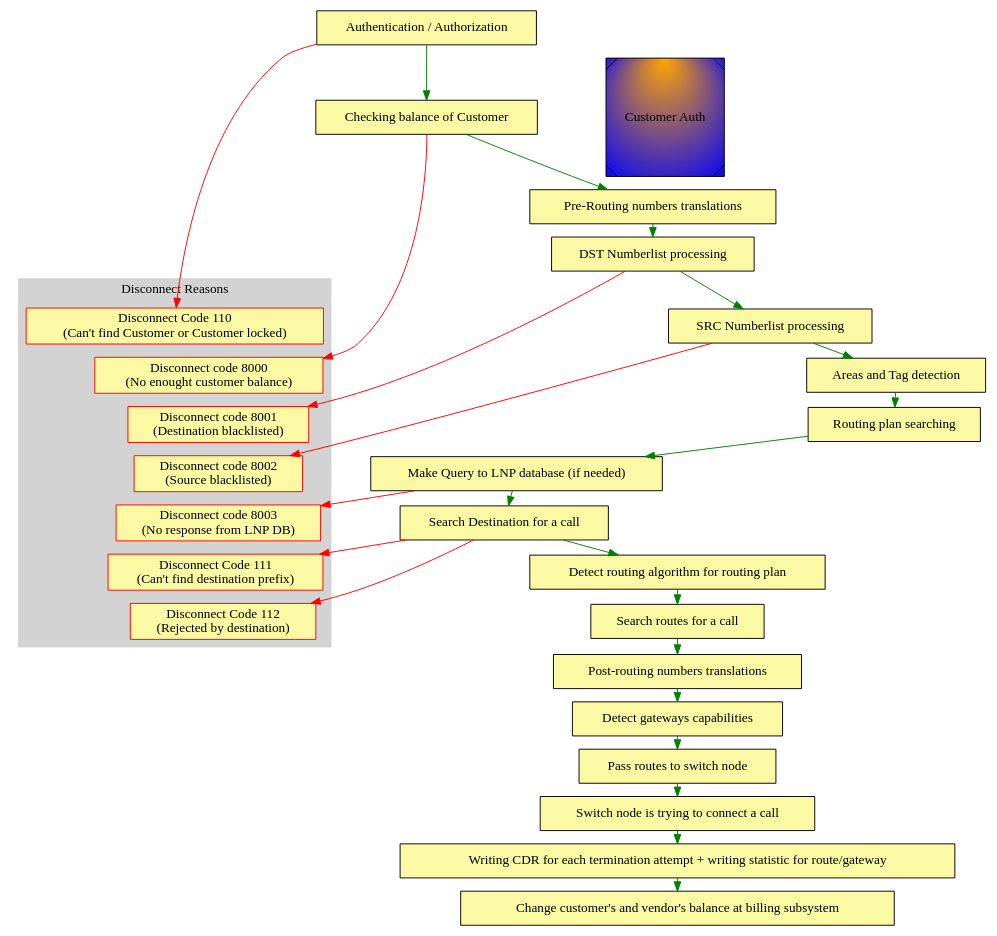
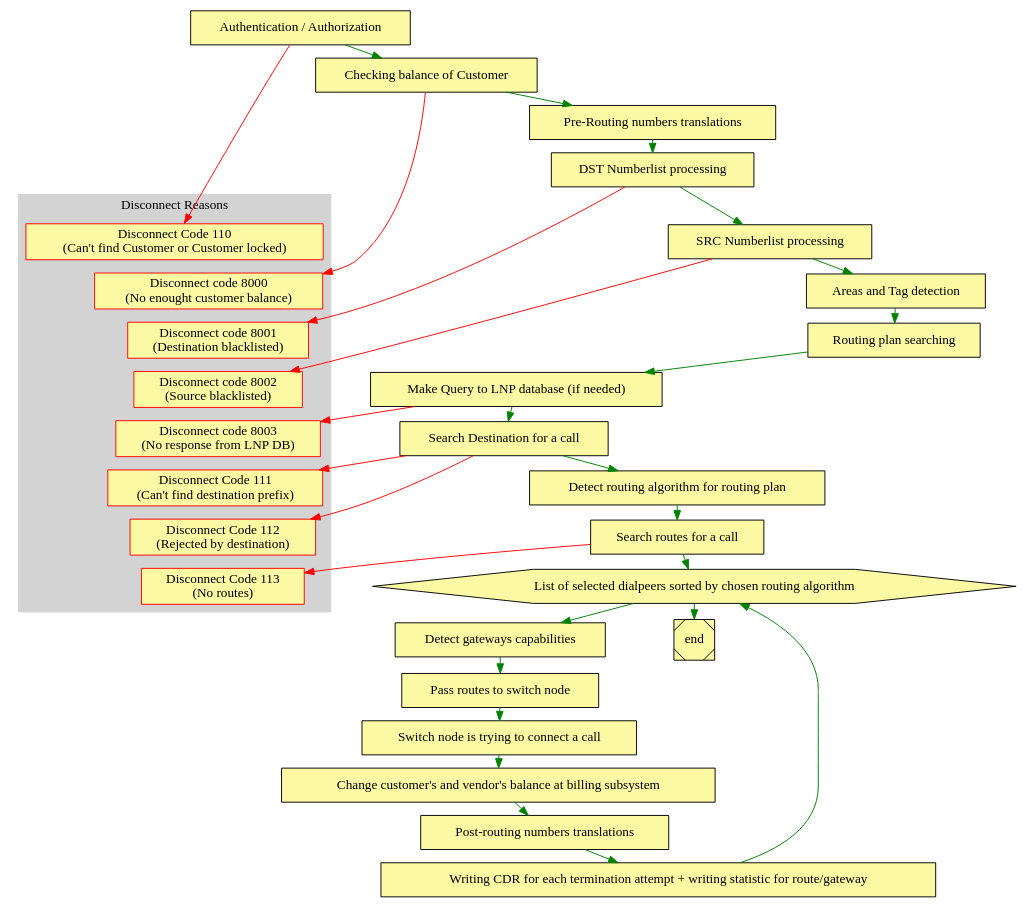
One commit to yeti-switch/doc changed the diagram in docs/en/graphviz/general.dot. Above: the diagram before and after it, drawn with Graphviz.

```diff
--- a/docs/en/graphviz/general.dot
+++ b/docs/en/graphviz/general.dot
@@ -1,79 +1,82 @@
 digraph General {
 
     node [style=filled; fillcolor="#FCF9A5"];
     graph [nodesep=1, ranksep=0.2, mindist=0.5];
 
     subgraph cluster_DC {
         style=filled;
         color=lightgrey;
         node [style=filled,color=red];
 
         reason1 [label = "Disconnect Code 110 \n(Can't find Customer or Customer locked)"; shape=box; sides=4 ];
         reason2 [label = "Disconnect code 8000 \n(No enought customer balance)"; shape=box; sides=4 ];
         reason3 [label = "Disconnect code 8001 \n(Destination blacklisted)"; shape=box; sides=4 ];
         reason4 [label = "Disconnect code 8002 \n(Source blacklisted)"; shape=box; sides=4 ];
         reason5 [label = "Disconnect code 8003 \n(No response from LNP DB)"; shape=box; sides=4 ];
         reason6 [label = "Disconnect Code 111 \n(Can't find destination prefix)"; shape=box; sides=4 ];
         reason7 [label = "Disconnect Code 112 \n(Rejected by destination)"; shape=box; sides=4 ];
+        reason8 [label = "Disconnect Code 113 \n(No routes)"; shape=box; sides=4 ];
 
         reason1->reason2 [style=invis];
         reason2->reason3 [style=invis];
         reason3->reason4 [style=invis];
         reason4->reason5 [style=invis];
         reason5->reason6 [style=invis];
         reason6->reason7 [style=invis];
+        reason7->reason8 [style=invis];
         label = "Disconnect Reasons";
     }
 
 
     block1 [label = "Authentication / Authorization"; shape=box; sides=4 ];
     block2 [label = "Checking balance of Customer"; shape=box; sides=4 ];
     block3 [label = "Pre-Routing numbers translations"; shape=box; sides=4 ];
     block4 [label = "DST Numberlist processing"; shape=box; sides=4 ];
     block5 [label = "SRC Numberlist processing"; shape=box; sides=4 ];
     block6 [label = "Areas and Tag detection"; shape=box; sides=4 ];
     block7 [label = "Routing plan searching"; shape=box; sides=4 ];
     block8 [label = "Make Query to LNP database (if needed)"; shape=box; sides=4 ];
     block9 [label = "Search Destination for a call"; shape=box; sides=4 ];
     block10 [label = "Detect routing algorithm for routing plan"; shape=box; sides=4 ];
     block11 [label = "Search routes for a call"; shape=box; sides=4 ];
-    block12 [label = "Post-routing numbers translations"; shape=box; sides=4 ];
+
+    block12 [label = "List of selected dialpeers sorted by chosen routing algorithm"; shape=hexagon];
     block13 [label = "Detect gateways capabilities"; shape=box; sides=4 ];
     block14 [label = "Pass routes to switch node"; shape=box; sides=4 ];
     block15 [label = "Switch node is trying to connect a call"; shape=box; sides=4 ];
-    block16 [label = "Writing CDR for each termination attempt + writing statistic for route/gateway"; shape=box; sides=4 ];
-    block17 [label = "Change customer's and vendor's balance at billing subsystem"; shape=box; sides=4 ];
+    block16 [label = "Change customer's and vendor's balance at billing subsystem"; shape=box; sides=4 ];
+    block17 [label = "Post-routing numbers translations"; shape=box; sides=4 ];
+    block18 [label = "Writing CDR for each termination attempt + writing statistic for route/gateway"; shape=box; sides=4 ];
+    end [shape=Msquare];
 
     block1 -> block2 [color=green];
     block1 -> reason1 [color=red];
-    block1 -> Customer_Auth [style=invis];
+
     block2 -> block3 [color=green];
     block2 -> reason2 [color=red];
     block3 -> block4 [color=green];
     block4 -> block5 [color=green];
     block4 -> reason3 [color=red];
     block5 -> block6 [color=green];
     block5 -> reason4 [color=red];
     block6 -> block7 [color=green];
     block7 -> block8 [color=green];
     block8 -> block9 [color=green];
     block8 -> reason5 [color=red];
     block9 -> block10 [color=green];
     block9 -> reason6 [color=red];
     block9 -> reason7 [color=red];
     block10 -> block11 [color=green];
     block11 -> block12 [color=green];
+    block11 -> reason8 [color=red];
     block12 -> block13 [color=green];
     block13 -> block14 [color=green];
     block14 -> block15 [color=green];
     block15 -> block16 [color=green];
     block16 -> block17 [color=green];
+    block17 -> block18 [color=green];
+    block18 -> block12 [color=green];
+    block12 -> end [color=green];
 
-    Customer_Auth [
-        label = "Customer Auth",
-            shape=Msquare,
-            fillcolor="orange:blue",
-            style=radial,
-            gradientangle=90];
 
 }
```
